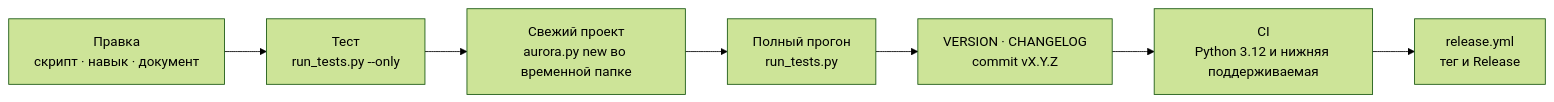
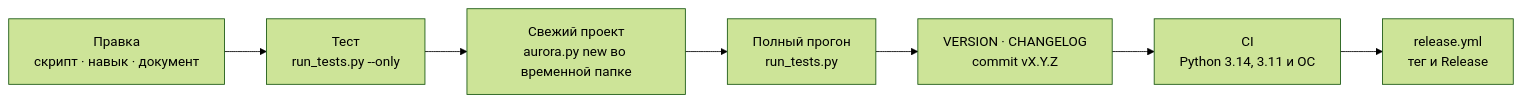
The diagram in docs/CONTRIBUTING.md (VVG-web/aurora-studio), drawn with Mermaid (forest theme) before and after one commit. The commit also changed other lines of this file and 11 other files, not shown here.

````diff
--- a/docs/CONTRIBUTING.md
+++ b/docs/CONTRIBUTING.md
@@ -100,9 +100,9 @@
 ```mermaid
 flowchart LR
   A["Правка<br>скрипт · навык · документ"] --> B["Тест<br>run_tests.py --only"]
   B --> C["Свежий проект<br>aurora.py new во временной папке"]
   C --> D["Полный прогон<br>run_tests.py"]
   D --> E["VERSION · CHANGELOG<br>commit vX.Y.Z"]
-  E --> F["CI<br>Python 3.12 и нижняя поддерживаемая"]
+  E --> F["CI<br>Python 3.14, 3.11 и ОС"]
   F --> G["release.yml<br>тег и Release"]
 ```
````
